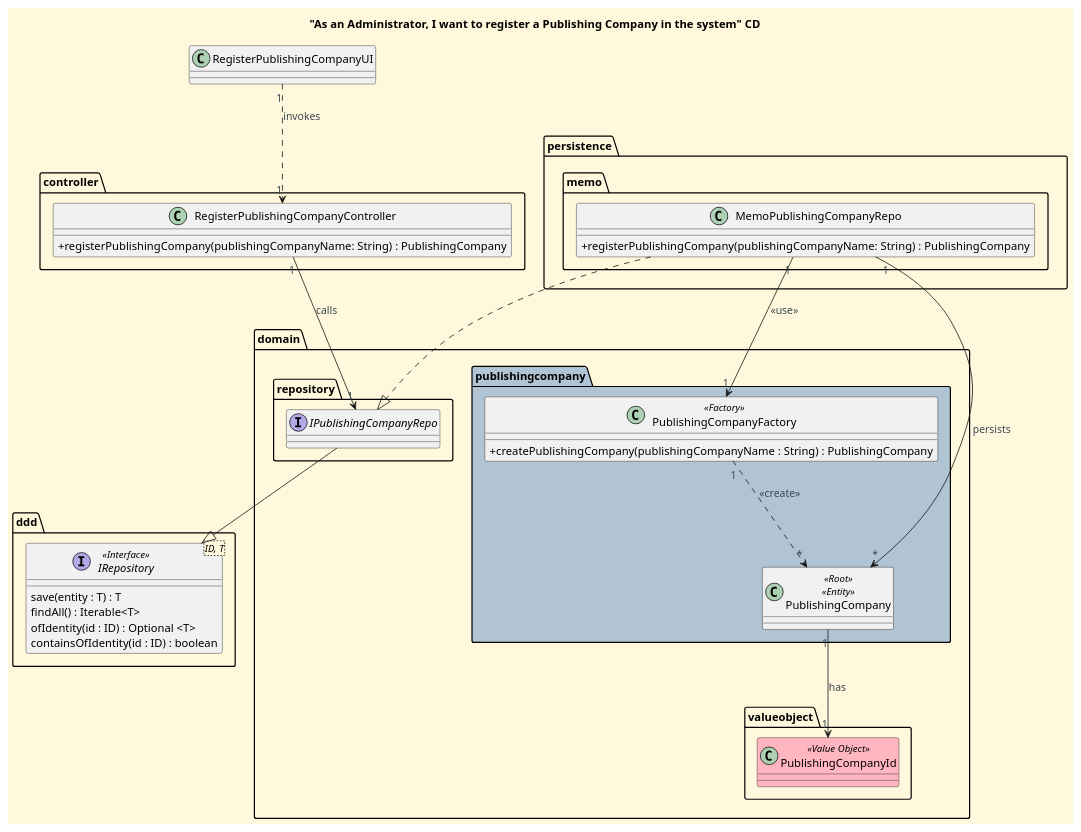
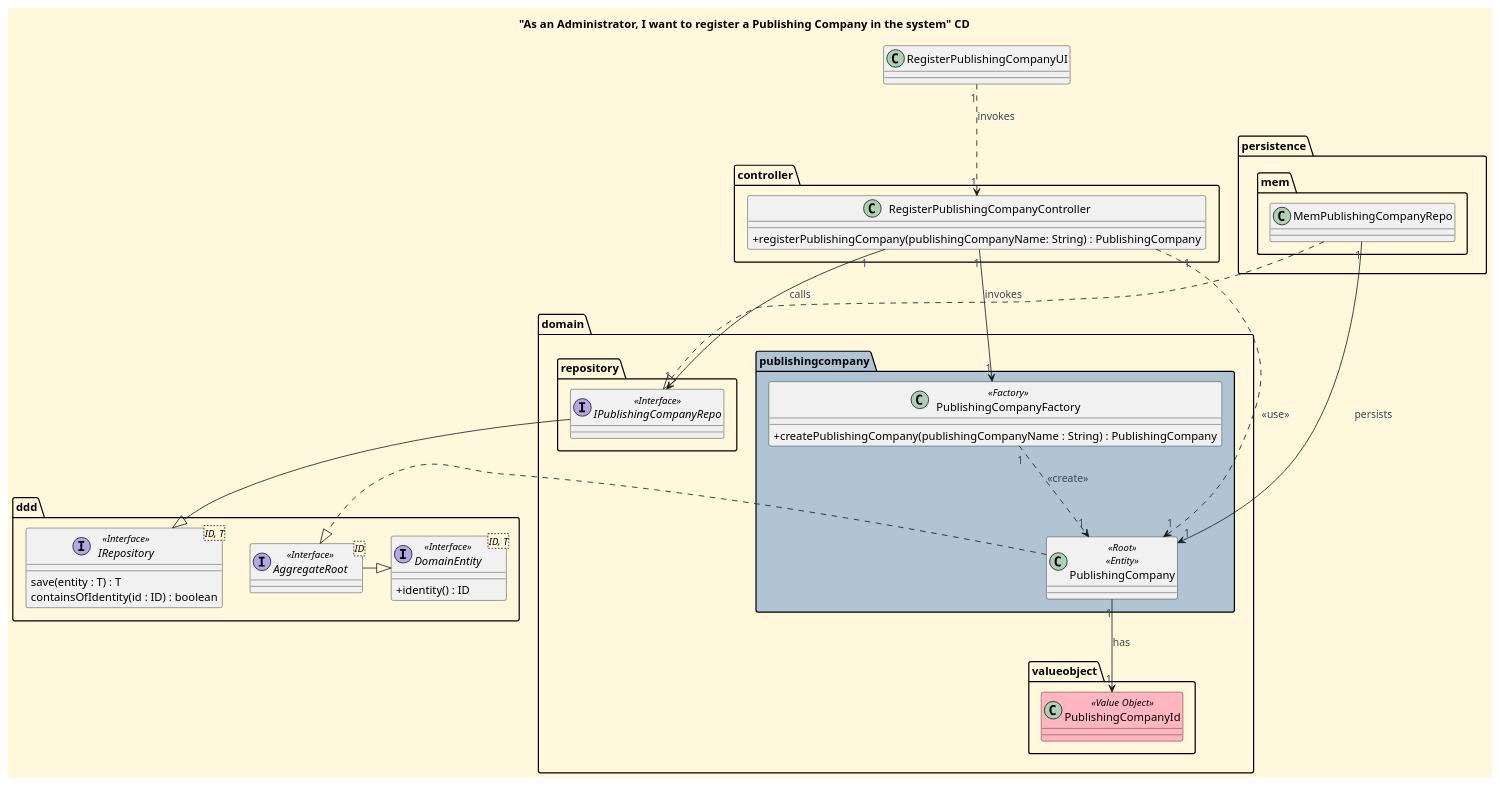
Before and after one commit to CarolinaLeite-collab/JavaMarketplacePlatform: the diagram in docs/functionalities/admin/register-publishing-company/Register_Publishing_Company_CD.puml, drawn with PlantUML. The commit also changed 1 other file, not shown here.

Commit message:
docs: ‘register a publishing company’ functionality SD and CD have controller invoking factory, other minor fixes, ref. #614

```diff
--- a/docs/functionalities/admin/register-publishing-company/Register_Publishing_Company_CD.puml
+++ b/docs/functionalities/admin/register-publishing-company/Register_Publishing_Company_CD.puml
@@ -1,74 +1,81 @@
 @startuml
 'https://plantuml.com/class-diagram
 title "As an Administrator, I want to register a Publishing Company in the system" CD
 
 
 '==== basic style ====
 skinparam monochrome false
 skinparam shadowing false
 skinparam defaultFontName Futura
 skinparam objectFontSize 20
 skinparam backgroundColor CornSilk
 skinparam objectBackgroundColor WhiteSmoke
 skinparam noteBackgroundColor #FFFFE0
 skinparam ArrowFontColor #3B4953
 skinparam ActivationBackgroundColor black
 skinparam classAttributeIconSize 0
 
 class RegisterPublishingCompanyUI {
 }
 
 package "persistence" {
-    package "memo" {
-        class MemoPublishingCompanyRepo {
-        + registerPublishingCompany(publishingCompanyName: String) : PublishingCompany
+    package "mem" {
+        class MemPublishingCompanyRepo {
         }
     }
 }
 
 package "controller" {
     class RegisterPublishingCompanyController {
     + registerPublishingCompany(publishingCompanyName: String) : PublishingCompany
     }
 }
 
 package "domain" {
     package "publishingcompany" #b0c4d4 {
         class PublishingCompany <<Root>> <<Entity>> {
         }
         class PublishingCompanyFactory <<Factory>> {
         + createPublishingCompany(publishingCompanyName : String) : PublishingCompany
         }
 
     }
     package "repository" {
-        interface IPublishingCompanyRepo {
+        interface IPublishingCompanyRepo <<Interface>> {
         }
     }
 
     package "valueobject" {
         class PublishingCompanyId <<Value Object>> #LightPink {
         }
     }
 
 }
 
 package "ddd" {
     interface IRepository <ID, T> <<Interface>> {
         save(entity : T) : T
-        findAll() : Iterable<T>
-        ofIdentity(id : ID) : Optional <T>
         containsOfIdentity(id : ID) : boolean
+    }
+
+    interface AggregateRoot <ID> <<Interface>> {
+    }
+
+    interface DomainEntity<ID, T> <<Interface>> {
+       +identity() : ID
     }
 }
 
 RegisterPublishingCompanyUI "1" ..> "1" RegisterPublishingCompanyController: invokes
 RegisterPublishingCompanyController "1" --> "1" IPublishingCompanyRepo: calls
-MemoPublishingCompanyRepo ..|> IPublishingCompanyRepo
+RegisterPublishingCompanyController "1" --> "1" PublishingCompanyFactory : invokes
+RegisterPublishingCompanyController "1" ..> "1" PublishingCompany : <<use>>
+MemPublishingCompanyRepo ..|> IPublishingCompanyRepo
 IPublishingCompanyRepo --|> IRepository
-MemoPublishingCompanyRepo "1" --> "1" PublishingCompanyFactory: <<use>>
-PublishingCompanyFactory "1" ..> "*" PublishingCompany: <<create>>
-MemoPublishingCompanyRepo "1" --> "*" PublishingCompany: persists
+PublishingCompanyFactory "1" ..> "1" PublishingCompany: <<create>>
+MemPublishingCompanyRepo "1" --> "1" PublishingCompany: persists
 PublishingCompany "1" --> "1" PublishingCompanyId: has
+AggregateRoot -|> DomainEntity
+PublishingCompany .|> AggregateRoot
 
 @enduml
```
